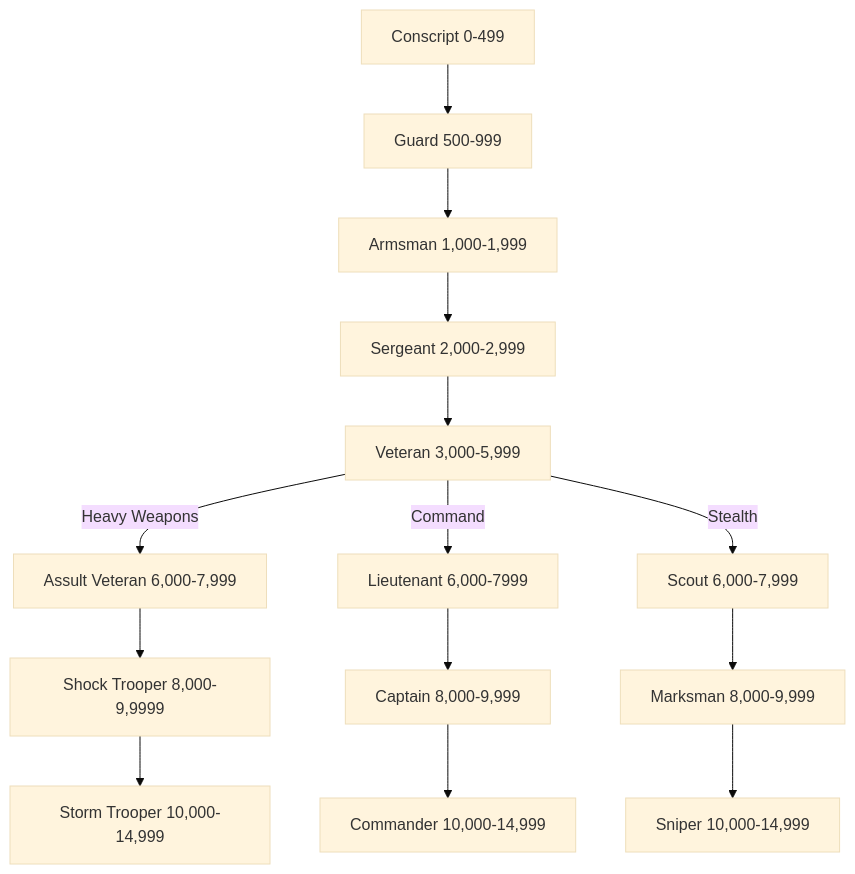
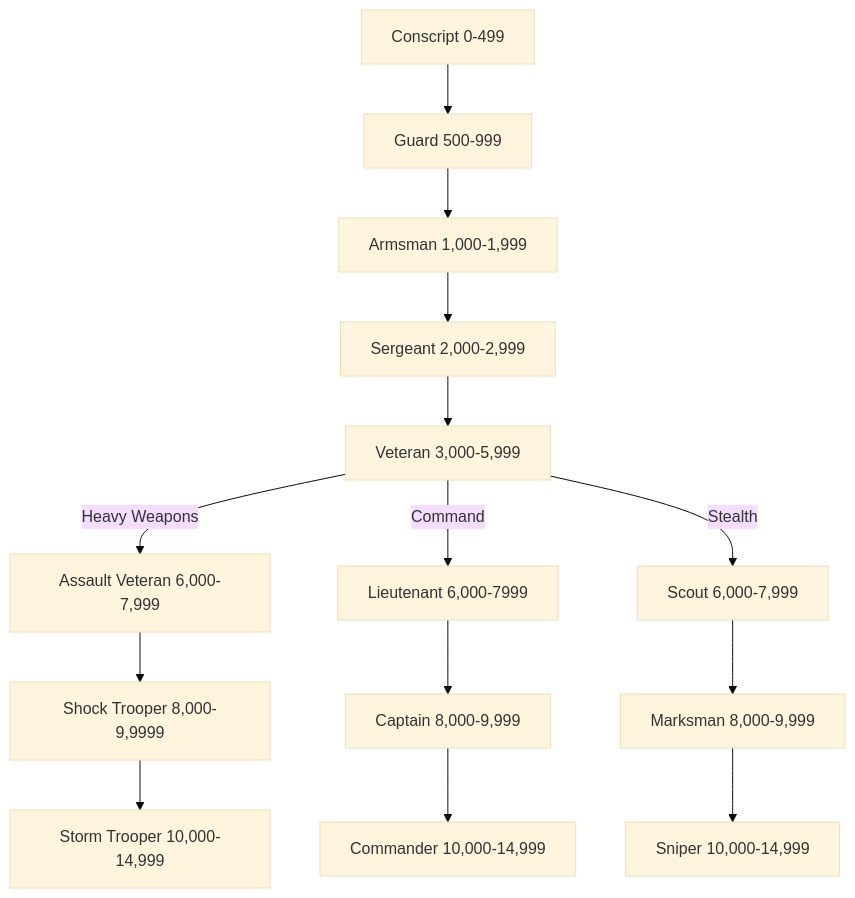
The diagram in Careers/Guardsman.md (zyzyx159/Rule-books), drawn with Mermaid (base theme) before and after one commit. The commit also changed other lines of this file and 3 other files, not shown here.

````diff
--- a/Careers/Guardsman.md
+++ b/Careers/Guardsman.md
@@ -22,16 +22,16 @@
 ```mermaid
 graph TD
 A[Conscript 0-499] --> B[Guard 500-999];
 B --> C[Armsman 1,000-1,999];
 C --> D[Sergeant 2,000-2,999];
 D --> E[Veteran 3,000-5,999]
-E -- Heavy Weapons --> F[Assult Veteran 6,000-7,999]
+E -- Heavy Weapons --> F[Assault Veteran 6,000-7,999]
 F --> G[Shock Trooper 8,000-9,9999]
 G --> H[Storm Trooper 10,000-14,999]
 E -- Command --> I[Lieutenant 6,000-7999]
 I --> J[Captain 8,000-9,999]
 J --> K[Commander 10,000-14,999]
 E -- Stealth --> L[Scout 6,000-7,999]
 L --> M[Marksman 8,000-9,999]
 M --> N[Sniper 10,000-14,999]
 ```
````
